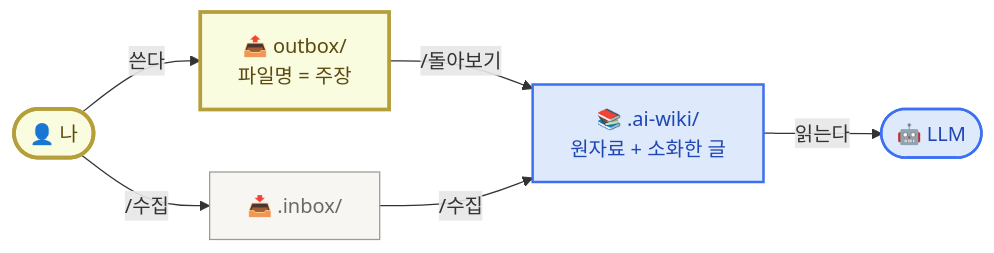
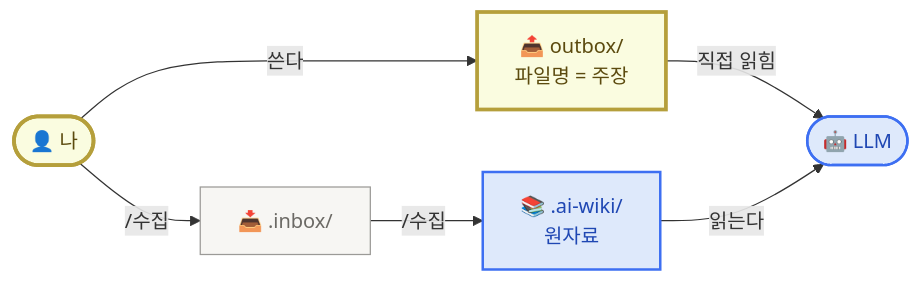
Before and after one commit to imakerjun/ai-learning-agent-workshop: the first of 2 diagrams in content/mechanism.mdx, drawn with Mermaid. The commit also changed other lines of this file and 3 other files, not shown here.

````diff
--- a/content/mechanism.mdx
+++ b/content/mechanism.mdx
@@ -28,25 +28,25 @@
 ```mermaid
 flowchart LR
     Me(["👤 나"])
     Out["📤 outbox/<br/>파일명 = 주장"]
     In["📥 .inbox/"]
-    AI["📚 .ai-wiki/<br/>원자료 + 소화한 글"]
+    AI["📚 .ai-wiki/<br/>원자료"]
     LLM(["🤖 LLM"])
 
     Me -- "쓴다" --> Out
     Me -- "/수집" --> In
-    Out -- "/돌아보기" --> AI
+    Out -- "직접 읽힘" --> LLM
     In -- "/수집" --> AI
     AI -- "읽는다" --> LLM
 
     classDef me fill:#fafce0,stroke:#b59f3b,stroke-width:3px,color:#5b4a0e
     classDef out fill:#fafce0,stroke:#b59f3b,stroke-width:3px,color:#5b4a0e
     classDef in fill:#f7f6f3,stroke:#9b9a97,color:#6b6964
     classDef ai fill:#dee9fb,stroke:#3d6ff2,stroke-width:2px,color:#1f47b3
     classDef llm fill:#dee9fb,stroke:#3d6ff2,stroke-width:2px,color:#1f47b3
     class Me me
     class Out out
     class In in
     class AI ai
     class LLM llm
 ```
````
